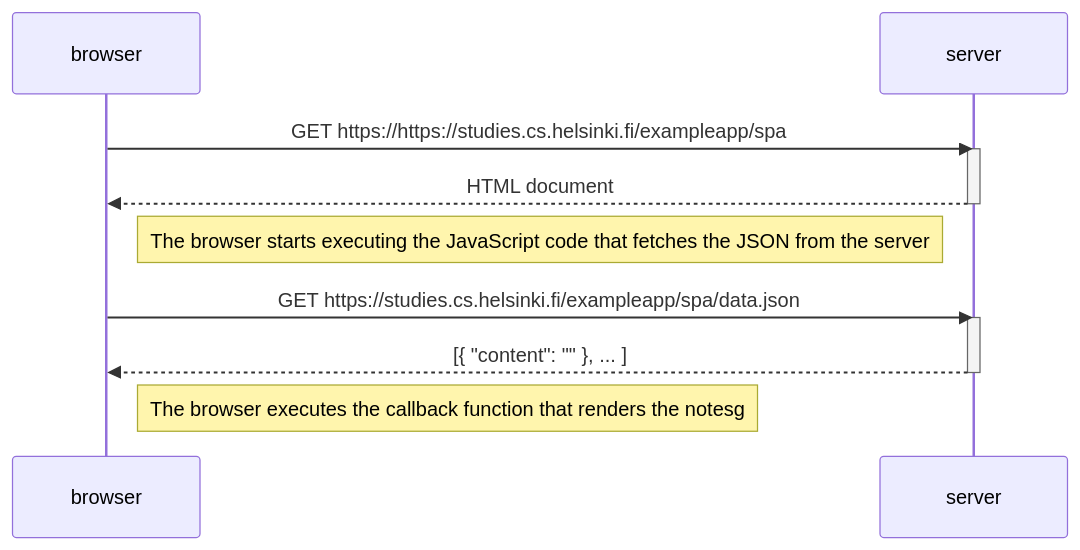
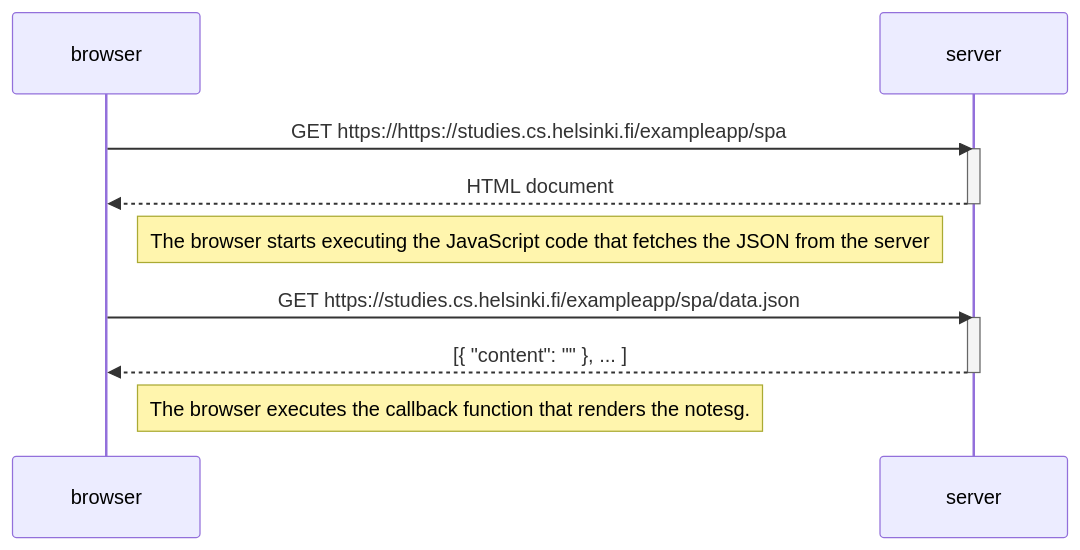
Before and after one commit to VienThanh12/FullStackUnivesityOfHelsinki: the diagram in 0.5: SingleAppDiagram.md, drawn with Mermaid.

Commit message:
Exercise 0.5

````diff
--- a/0.5: SingleAppDiagram.md
+++ b/0.5: SingleAppDiagram.md
@@ -1,20 +1,20 @@
 ```mermaid
 sequenceDiagram
     participant browser
     participant server
 
     browser->>server: GET https://https://studies.cs.helsinki.fi/exampleapp/spa
     activate server
     server-->>browser: HTML document
     deactivate server
 
     Note right of browser: The browser starts executing the JavaScript code that fetches the JSON from the server
 
     browser->>server: GET https://studies.cs.helsinki.fi/exampleapp/spa/data.json
     activate server
     server-->>browser: [{ "content": "" }, ... ]
     deactivate server
 
-    Note right of browser: The browser executes the callback function that renders the notesg
+    Note right of browser: The browser executes the callback function that renders the notesg.
     activate server
 ```
````
